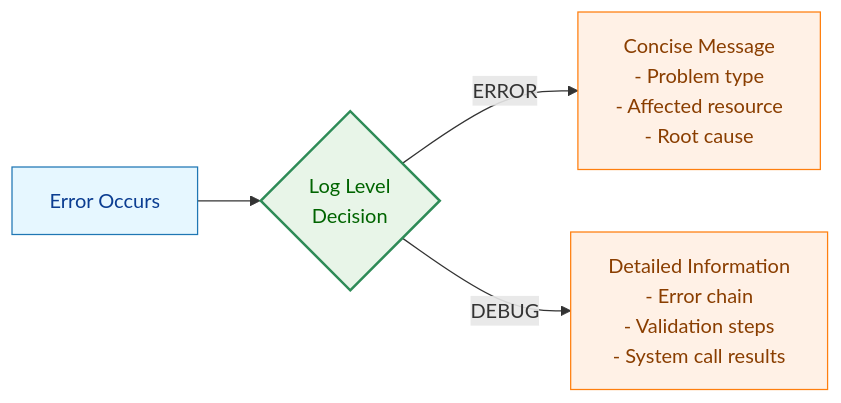
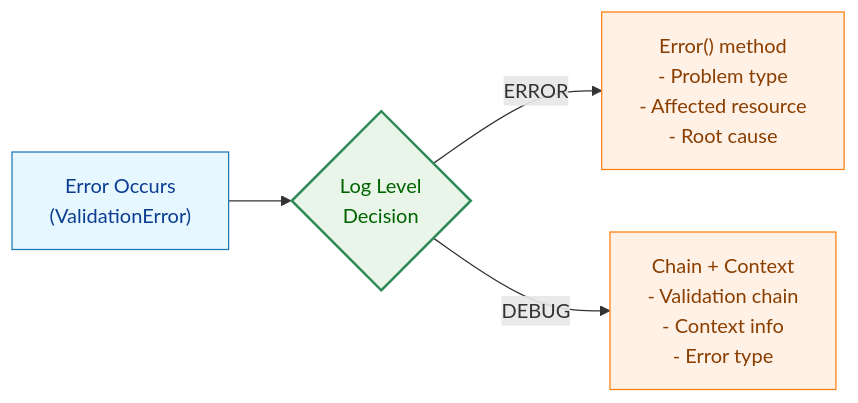
Before and after one commit to isseis/go-safe-cmd-runner: the third of 7 diagrams in docs/tasks/0054_error_message_improvement/02_architecture.md, drawn with Mermaid. The commit also changed other lines of this file, not shown here.

First line of the commit message:
docs: improve architecture for error message handling

````diff
--- a/docs/tasks/0054_error_message_improvement/02_architecture.md
+++ b/docs/tasks/0054_error_message_improvement/02_architecture.md
@@ -89,14 +230,14 @@
 ```mermaid
 flowchart LR
     classDef data fill:#e6f7ff,stroke:#1f77b4,stroke-width:1px,color:#0b3d91;
     classDef process fill:#fff1e6,stroke:#ff7f0e,stroke-width:1px,color:#8a3e00;
     classDef enhanced fill:#e8f5e8,stroke:#2e8b57,stroke-width:2px,color:#006400;
 
-    A["Error Occurs"] --> B{"Log Level<br>Decision"}
-    B -->|"ERROR"| C["Concise Message<br>- Problem type<br>- Affected resource<br>- Root cause"]
-    B -->|"DEBUG"| D["Detailed Information<br>- Error chain<br>- Validation steps<br>- System call results"]
+    A["Error Occurs<br>(ValidationError)"] --> B{"Log Level<br>Decision"}
+    B -->|"ERROR"| C["Error() method<br>- Problem type<br>- Affected resource<br>- Root cause"]
+    B -->|"DEBUG"| D["Chain + Context<br>- Validation chain<br>- Context info<br>- Error type"]
 
     class A data;
     class B enhanced;
     class C,D process;
 ```
````
